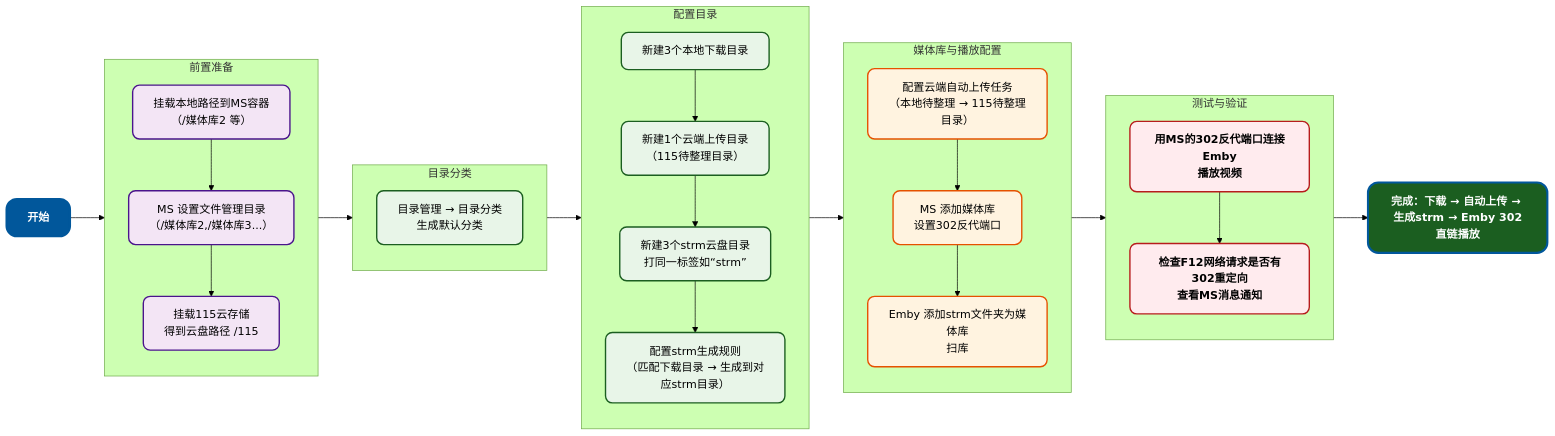
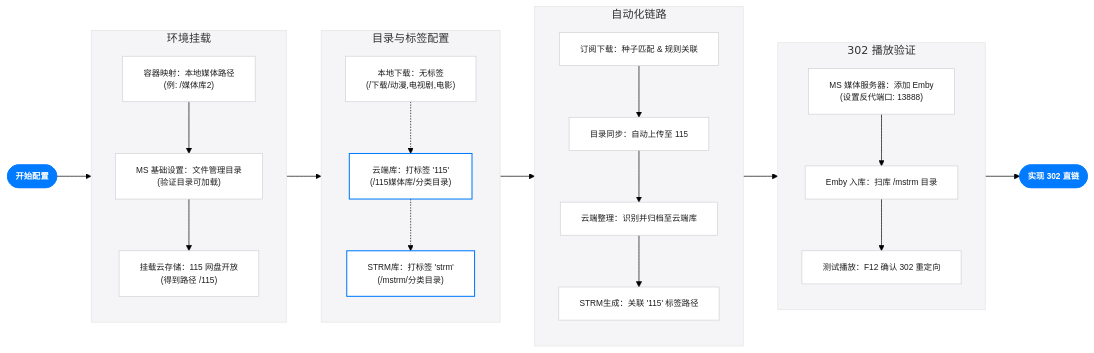
One commit to xylplm/media-saber-wiki changed the diagram in src/guide/advanced/strm-new.md. Above: the diagram before and after it, drawn with Mermaid (forest theme). The commit also changed other lines of this file and 2 other files, not shown here.

````diff
--- a/src/guide/advanced/strm-new.md
+++ b/src/guide/advanced/strm-new.md
@@ -19,62 +24,68 @@
 ```mermaid
 flowchart LR
-    %% 样式定义 - 现代好看配色
-    classDef startEnd fill:#e1f5fe,stroke:#01579b,stroke-width:3px,color:#000,font-weight:bold,rx:15,ry:15;
-    classDef prep fill:#f3e5f5,stroke:#4a148c,stroke-width:2px,color:#000,rx:10,ry:10;
-    classDef config fill:#e8f5e8,stroke:#1b5e20,stroke-width:2px,color:#000,rx:10,ry:10;
-    classDef media fill:#fff3e0,stroke:#e65100,stroke-width:2px,color:#000,rx:10,ry:10;
-    classDef test fill:#ffebee,stroke:#b71c1c,stroke-width:2px,color:#000,font-weight:bold,rx:10,ry:10;
+    %% 全局样式定义 - 苹果高质感风格
+    classDef default fill:#FFFFFF,stroke:#D2D2D7,stroke-width:1px,color:#1D1D1F,font-family:sans-serif,font-size:12px;
+    classDef primary fill:#007AFF,stroke:#007AFF,color:#FFFFFF,font-weight:bold;
+    classDef tag fill:#F5F5F7,stroke:#D2D2D7,stroke-dasharray: 2 2,color:#86868B;
+    classDef crucial fill:#FFFFFF,stroke:#007AFF,stroke-width:1.5px,color:#1D1D1F;
 
-    A[开始]:::startEnd
+    %% 1. 前置准备
+    subgraph Prep [环境挂载]
 
-    subgraph 前置准备
+
         direction TB
-        B1[挂载本地路径到MS容器<br>（/媒体库2 等）]:::prep
-        B2[MS 设置文件管理目录<br>（/媒体库2,/媒体库3...）]:::prep
-        B3[挂载115云存储<br>得到云盘路径 /115]:::prep
+        B1["容器映射：本地媒体路径<br/>(例: /媒体库2)"]
+        B2["MS 基础设置：文件管理目录<br/>(验证目录可加载)"]
+        B3["挂载云存储：115 网盘开放<br/>(得到路径 /115)"]
         B1 --> B2 --> B3
     end
 
-    subgraph 目录分类
+    %% 2. 目录体系
+    subgraph Folders [目录与标签配置]
         direction TB
-        C[目录管理 → 目录分类<br>生成默认分类]:::config
+        C1["本地下载：无标签<br/>(/下载/动漫,电视剧,电影)"]
+        C2["云端库：打标签 '115'<br/>(/115媒体库/分类目录)"]:::crucial
+        C3["STRM库：打标签 'strm'<br/>(/mstrm/分类目录)"]:::crucial
+        C1 -.-> C2 -.-> C3
     end
 
-    subgraph 配置目录
+    %% 3. 自动化流水线
+    subgraph Workflow [自动化链路]
         direction TB
-        D1[新建3个本地下载目录<br>]:::config
-        D2[新建1个云端上传目录<br>（115待整理目录）]:::config
-        D3[新建3个strm云盘目录<br>打同一标签如“strm”]:::config
-        D4[配置strm生成规则<br>（匹配下载目录 → 生成到对应strm目录）]:::config
+        D1["订阅下载：种子匹配 & 规则关联"]
+        D2["目录同步：自动上传至 115"]
+        D3["云端整理：识别并归档至云端库"]
+        D4["STRM生成：关联 '115' 标签路径"]
         D1 --> D2 --> D3 --> D4
     end
 
-    subgraph 媒体库与播放配置
+    %% 4. 播放验证
+    subgraph Playback [302 播放验证]
         direction TB
-        E1[配置云端自动上传任务<br>（本地待整理 → 115待整理目录）]:::media
-        E2[MS 添加媒体库<br>设置302反代端口]:::media
-        E3[Emby 添加strm文件夹为媒体库<br>扫库]:::media
+        E1["MS 媒体服务器：添加 Emby<br/>(设置反代端口: 13888)"]
+        E2["Emby 入库：扫库 /mstrm 目录"]
+        E3["测试播放：F12 确认 302 重定向"]
         E1 --> E2 --> E3
     end
 
-    subgraph 测试与验证
-        direction TB
-        F1[用MS的302反代端口连接Emby<br>播放视频]:::test
-        F2[检查F12网络请求是否有302重定向<br>查看MS消息通知]:::test
-        F1 --> F2
-    end
+    %% 主流程连接
+    Start([开始配置]):::primary --> Prep
+    Prep --> Folders
+    Folders --> Workflow
+    Workflow --> Playback
+    Playback --> Finish([实现 302 直链]):::primary
 
-    G[完成：下载 → 自动上传 → 生成strm → Emby 302直链播放]:::startEnd
+    %% 样式微调
+    style Prep fill:#F5F5F7,stroke:#E5E5E7
+    style Folders fill:#F5F5F7,stroke:#E5E5E7
+    style Workflow fill:#F5F5F7,stroke:#E5E5E7
+    style Playback fill:#F5F5F7,stroke:#E5E5E7
 
-    %% 主流程横向连接
-    A --> 前置准备
-    前置准备 --> 目录分类
-    目录分类 --> 配置目录
-    配置目录 --> 媒体库与播放配置
-    媒体库与播放配置 --> 测试与验证
-    测试与验证 --> G
 
-    %% 整体优化
-    style A fill:#01579b,color:#fff
-    style G fill:#1b5e20,color:#fff
+
+
+
+
+
+
 ```
````
